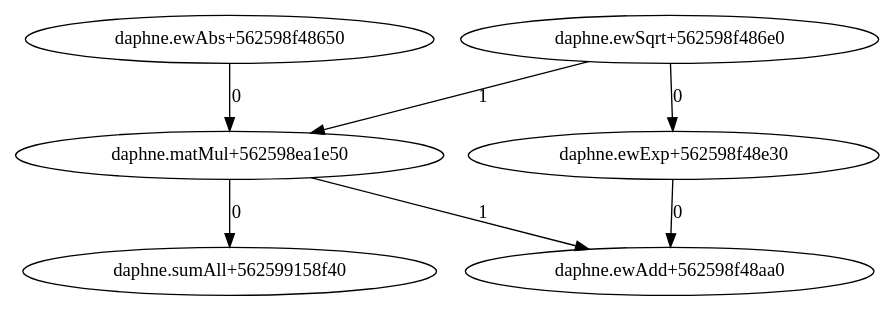
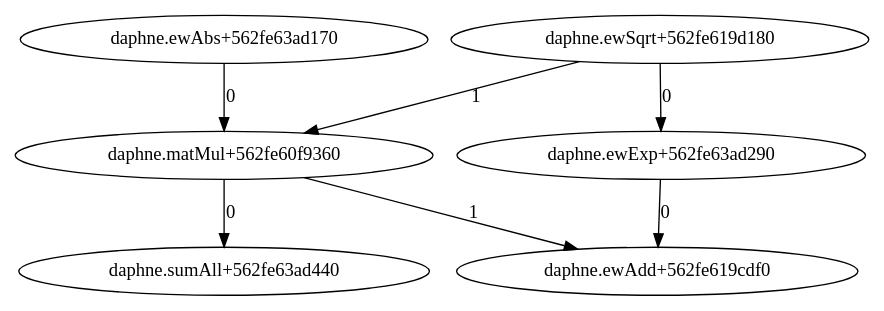
The diagram in graph.dot (sweetpellegrino/daphne), drawn with Graphviz before and after one commit. The commit also changed 19 other files, not shown here.

```diff
--- a/graph.dot
+++ b/graph.dot
@@ -1,8 +1,8 @@
 digraph G {
-"daphne.ewExp+562598f48e30" -> "daphne.ewAdd+562598f48aa0" [label="0"];
-"daphne.matMul+562598ea1e50" -> "daphne.ewAdd+562598f48aa0" [label="1"];
-"daphne.ewAbs+562598f48650" -> "daphne.matMul+562598ea1e50" [label="0"];
-"daphne.ewSqrt+562598f486e0" -> "daphne.matMul+562598ea1e50" [label="1"];
-"daphne.ewSqrt+562598f486e0" -> "daphne.ewExp+562598f48e30" [label="0"];
-"daphne.matMul+562598ea1e50" -> "daphne.sumAll+562599158f40" [label="0"];
+"daphne.ewExp+562fe63ad290" -> "daphne.ewAdd+562fe619cdf0" [label="0"];
+"daphne.matMul+562fe60f9360" -> "daphne.ewAdd+562fe619cdf0" [label="1"];
+"daphne.ewAbs+562fe63ad170" -> "daphne.matMul+562fe60f9360" [label="0"];
+"daphne.ewSqrt+562fe619d180" -> "daphne.matMul+562fe60f9360" [label="1"];
+"daphne.ewSqrt+562fe619d180" -> "daphne.ewExp+562fe63ad290" [label="0"];
+"daphne.matMul+562fe60f9360" -> "daphne.sumAll+562fe63ad440" [label="0"];
 }
```
